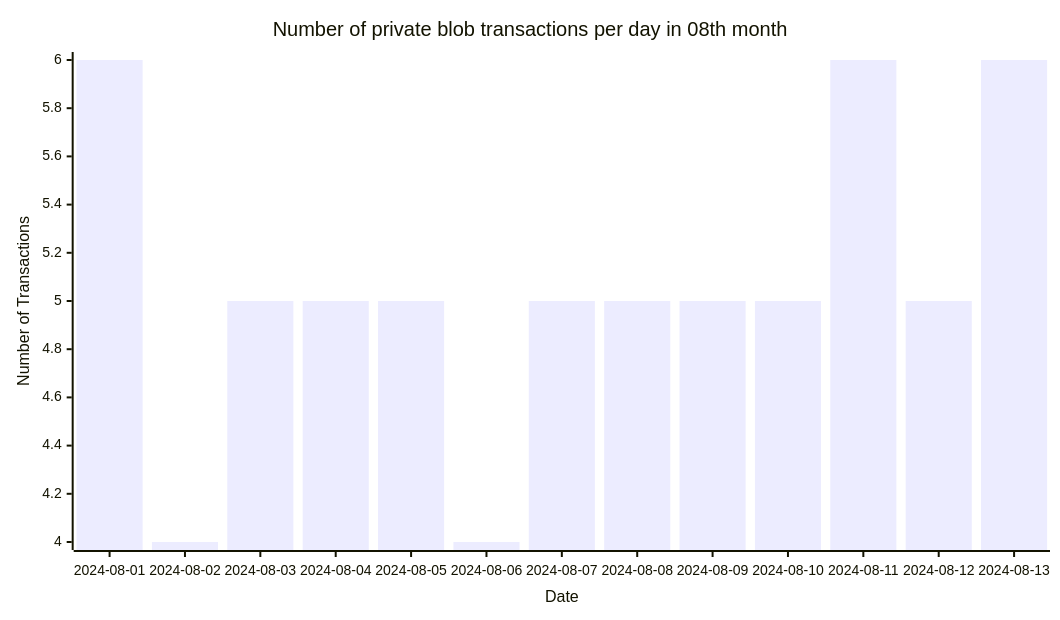
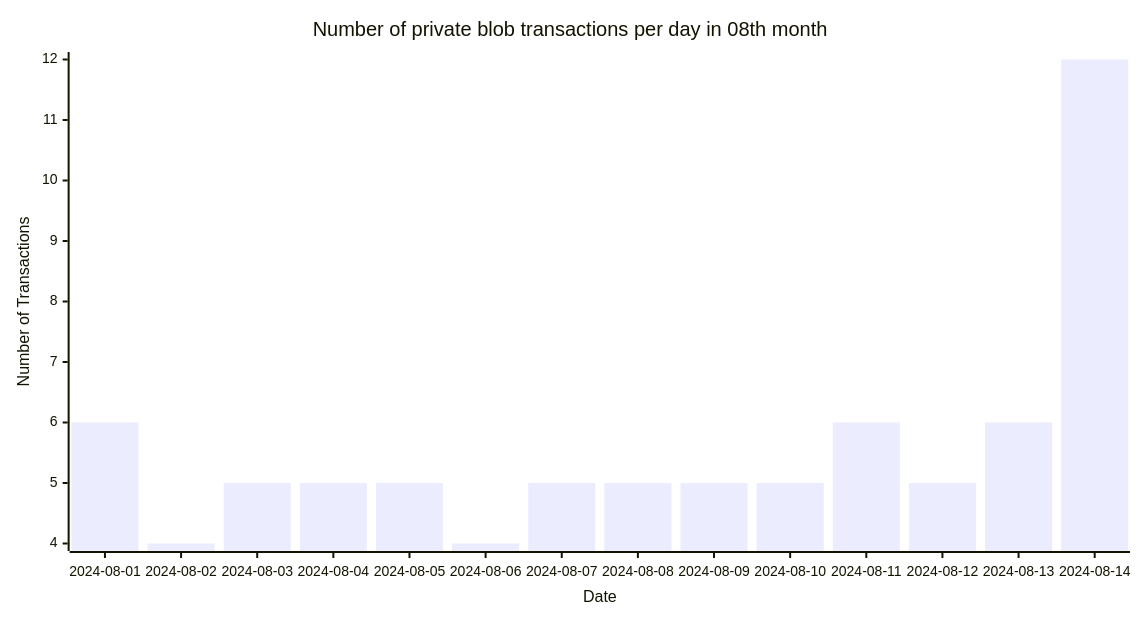
Before and after one commit to Amit0617/eip4844-data: the sixth of 6 diagrams in README.md, drawn with Mermaid. The commit also changed 1 other file, not shown here.

````diff
--- a/README.md
+++ b/README.md
@@ -66,12 +66,12 @@
 ```mermaid
 ---
 config:
     xyChart:
-        width: 1040
+        width: 1120
         height: 600
 ---
 xychart-beta title "Number of private blob transactions per day in 08th month"
-x-axis "Date" [2024-08-01,2024-08-02,2024-08-03,2024-08-04,2024-08-05,2024-08-06,2024-08-07,2024-08-08,2024-08-09,2024-08-10,2024-08-11,2024-08-12,2024-08-13]
+x-axis "Date" [2024-08-01,2024-08-02,2024-08-03,2024-08-04,2024-08-05,2024-08-06,2024-08-07,2024-08-08,2024-08-09,2024-08-10,2024-08-11,2024-08-12,2024-08-13,2024-08-14]
 y-axis "Number of Transactions"
-bar[6,4,5,5,5,4,5,5,5,5,6,5,6]
+bar[6,4,5,5,5,4,5,5,5,5,6,5,6,12]
 ```
````
